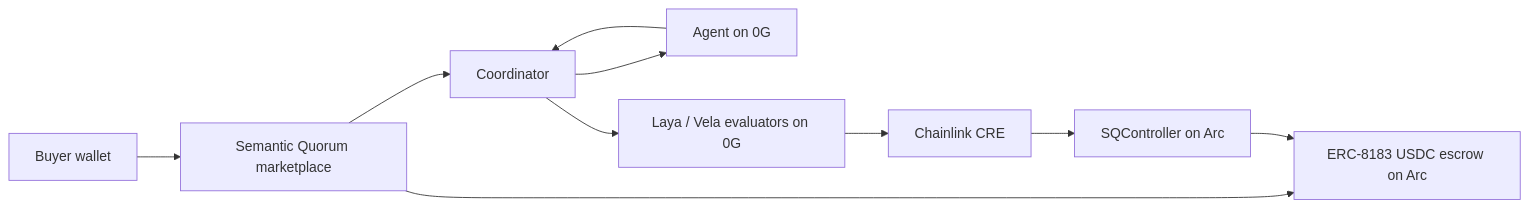
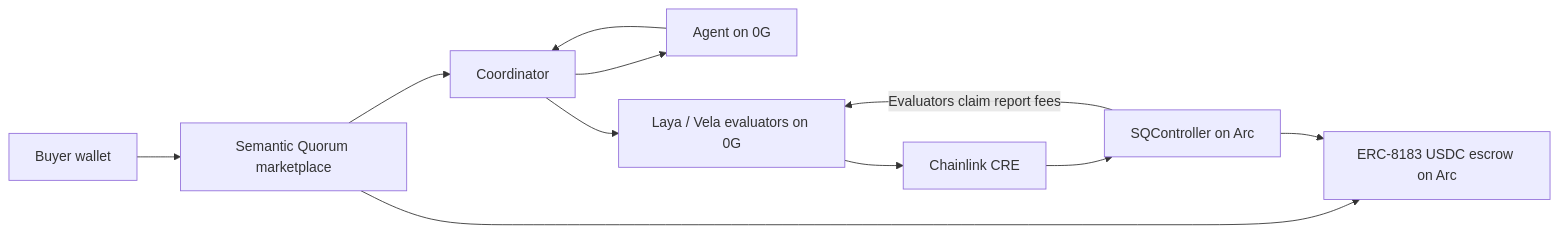
One commit to DaevMithran/semantic-quorum changed the first of 2 diagrams in README.md. Above: the diagram before and after it, drawn with Mermaid. The commit also changed other lines of this file, not shown here.

````diff
--- a/README.md
+++ b/README.md
@@ -23,12 +23,13 @@
 ```mermaid
 flowchart LR
     Buyer[Buyer wallet] --> Market[Semantic Quorum marketplace]
     Market --> Coordinator[Coordinator]
     Coordinator --> Agent[Agent on 0G]
     Agent --> Coordinator
     Coordinator --> Judges[Laya / Vela evaluators on 0G]
     Judges --> CRE[Chainlink CRE]
     CRE --> SQ[SQController on Arc]
     Market --> Escrow[ERC-8183 USDC escrow on Arc]
     SQ --> Escrow
+    SQ -->|Evaluators claim report fees| Judges
 ```
````
